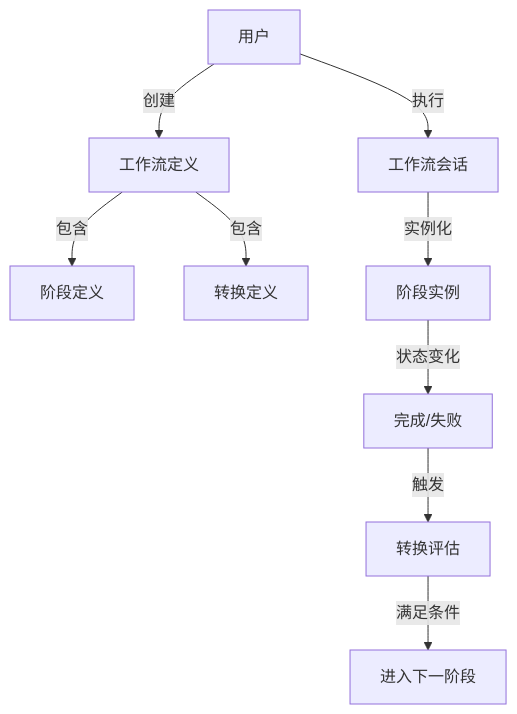
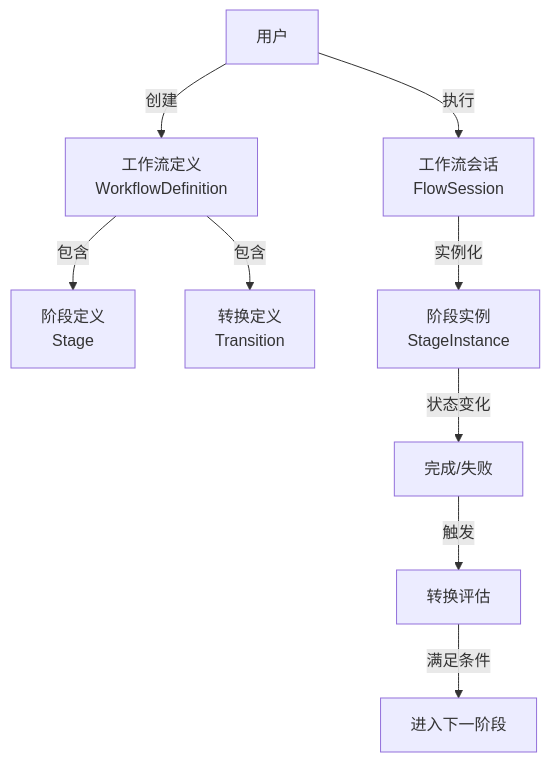
Before and after one commit to jacobcy/VibeCopilot: the diagram in src/workflow/docs/README.md, drawn with Mermaid. The commit also changed other lines of this file and 81 other files, not shown here.

````diff
--- a/src/workflow/docs/README.md
+++ b/src/workflow/docs/README.md
@@ -89,11 +89,11 @@
 ```mermaid
 graph TD
-    A[用户] -->|创建| B[工作流定义]
-    A -->|执行| C[工作流会话]
-    B -->|包含| D[阶段定义]
-    B -->|包含| E[转换定义]
-    C -->|实例化| F[阶段实例]
+    A[用户] -->|创建| B[工作流定义<br>WorkflowDefinition]
+    A -->|执行| C[工作流会话<br>FlowSession]
+    B -->|包含| D[阶段定义<br>Stage]
+    B -->|包含| E[转换定义<br>Transition]
+    C -->|实例化| F[阶段实例<br>StageInstance]
     F -->|状态变化| G[完成/失败]
     G -->|触发| H[转换评估]
     H -->|满足条件| I[进入下一阶段]
 ```
````
